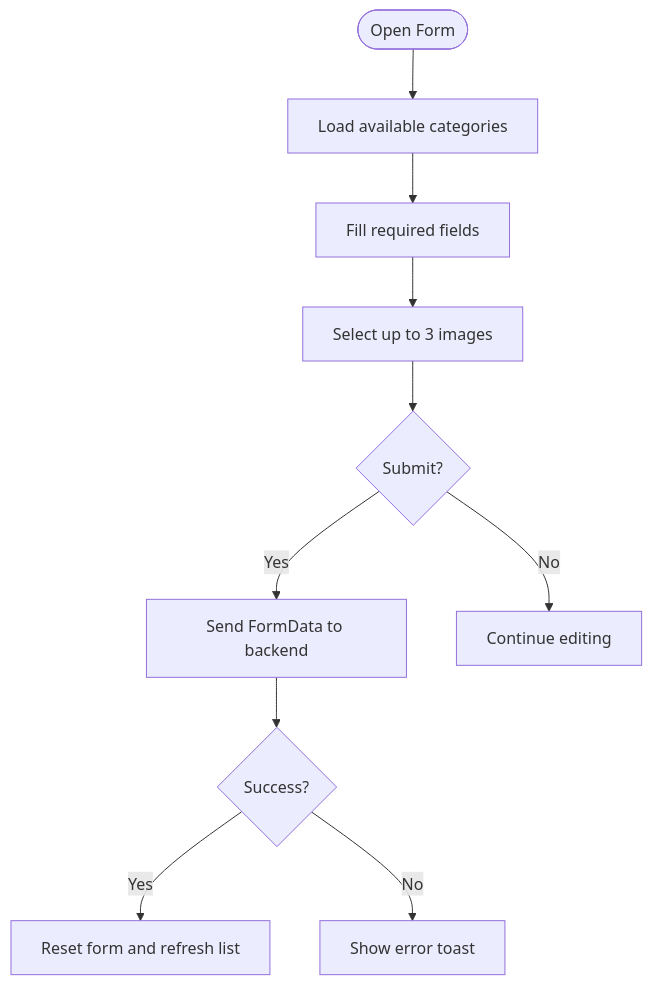
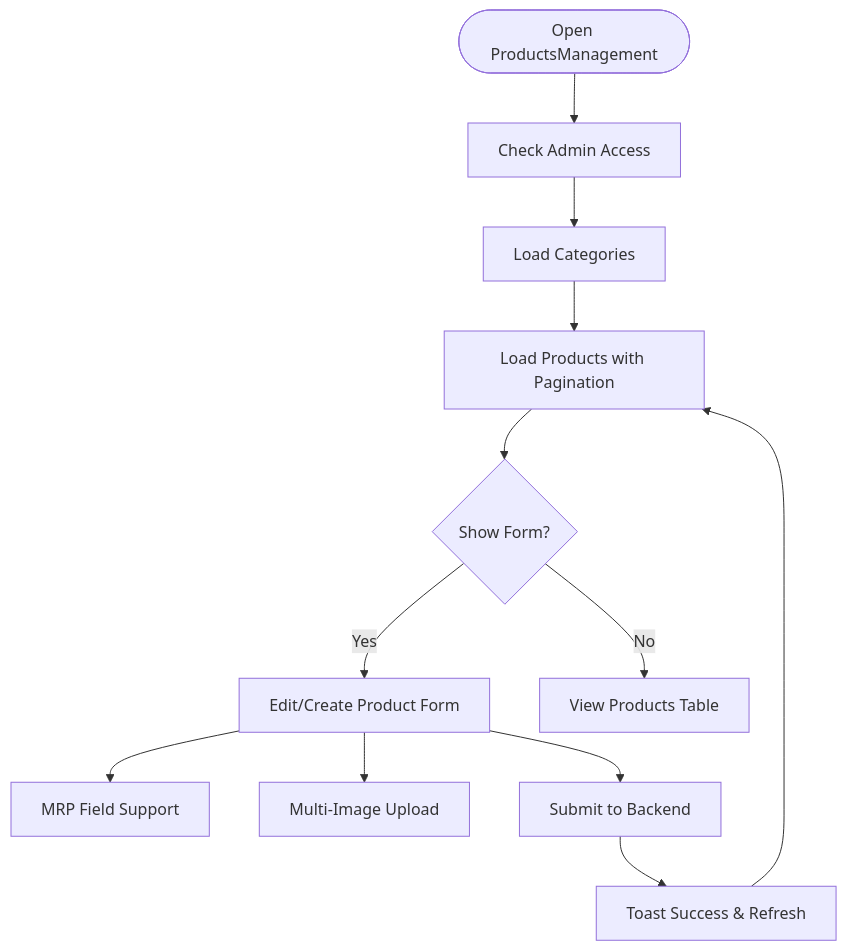
The tenth of 15 diagrams in .qoder/repowiki/en/content/Admin Dashboard/Product Administration/Product Administration.md (Pavan-PSPK9032/TrendsandToss), drawn with Mermaid before and after one commit. The commit also changed other lines of this file and 24 other files, not shown here.

````diff
--- a/.qoder/repowiki/en/content/Admin Dashboard/Product Administration/Product Administration.md
+++ b/.qoder/repowiki/en/content/Admin Dashboard/Product Administration/Product Administration.md
@@ -382,12 +428,14 @@
 ```mermaid
 flowchart TD
-Start(["Open Form"]) --> LoadCats["Load available categories"]
-LoadCats --> Fill["Fill required fields"]
-Fill --> Images["Select up to 3 images"]
-Images --> Submit{"Submit?"}
-Submit --> |Yes| Send["Send FormData to backend"]
-Submit --> |No| Edit["Continue editing"]
-Send --> Result{"Success?"}
-Result --> |Yes| Reset["Reset form and refresh list"]
-Result --> |No| Alert["Show error toast"]
+Start(["Open ProductsManagement"]) --> CheckAdmin["Check Admin Access"]
+CheckAdmin --> LoadCats["Load Categories"]
+LoadCats --> LoadProducts["Load Products with Pagination"]
+LoadProducts --> Form{"Show Form?"}
+Form --> |Yes| EditCreate["Edit/Create Product Form"]
+Form --> |No| View["View Products Table"]
+EditCreate --> MRP["MRP Field Support"]
+EditCreate --> Images["Multi-Image Upload"]
+EditCreate --> Submit["Submit to Backend"]
+Submit --> Success["Toast Success & Refresh"]
+Success --> LoadProducts
 ```
````
